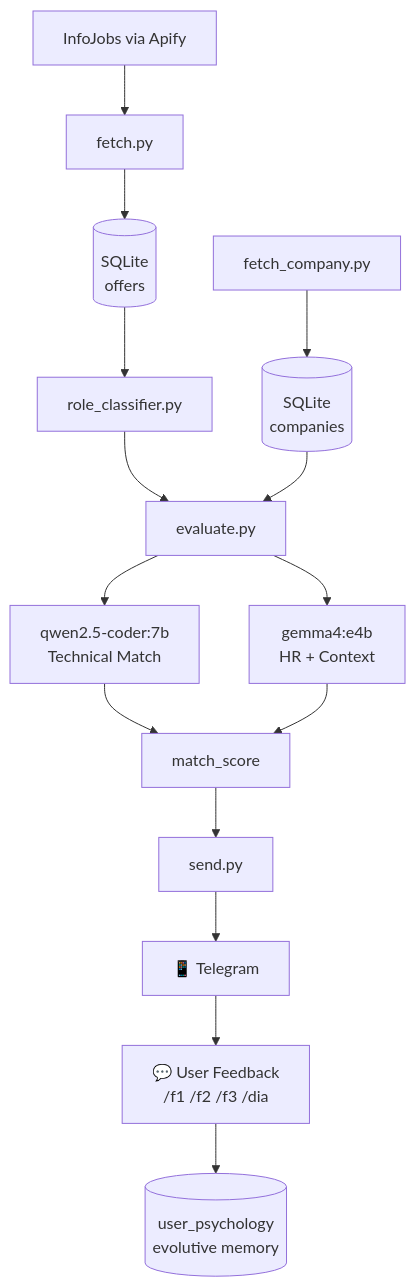
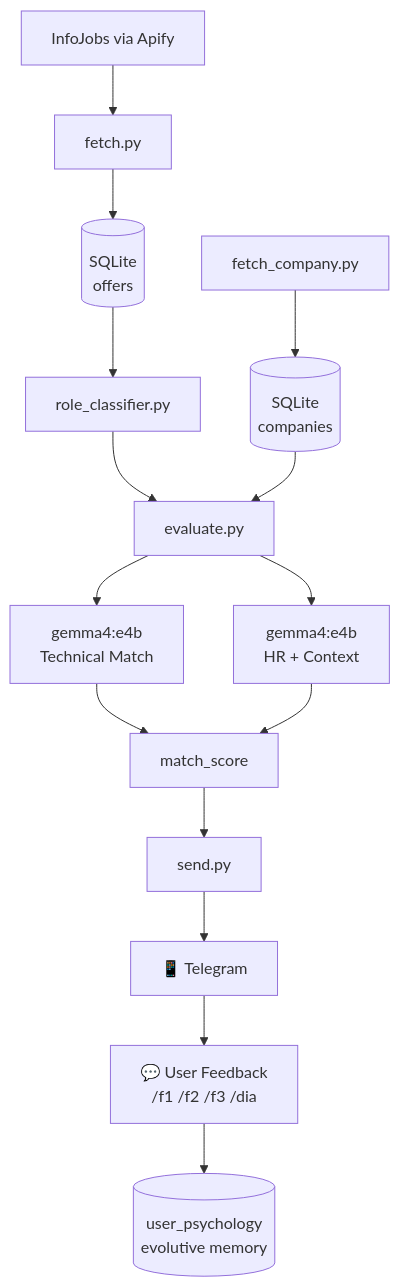
One commit to Veidos/job-intelligence-agent changed the diagram in README.md. Above: the diagram before and after it, drawn with Mermaid. The commit also changed other lines of this file and 8 other files, not shown here.

````diff
--- a/README.md
+++ b/README.md
@@ -18,17 +18,17 @@
 ```mermaid
 flowchart TD
     A[InfoJobs via Apify] --> B[fetch.py]
     B --> C[(SQLite\noffers)]
     C --> D[role_classifier.py]
     D --> E[evaluate.py]
-    E --> F[qwen2.5-coder:7b\nTechnical Match]
+    E --> F[gemma4:e4b\nTechnical Match]
     E --> G[gemma4:e4b\nHR + Context]
     F --> H[match_score]
     G --> H
     H --> I[send.py]
     I --> J[📱 Telegram]
     K[fetch_company.py] --> L[(SQLite\ncompanies)]
     L --> E
     J --> M[💬 User Feedback\n/f1 /f2 /f3 /dia]
     M --> N[(user_psychology\nevolutive memory)]
 ```
````
